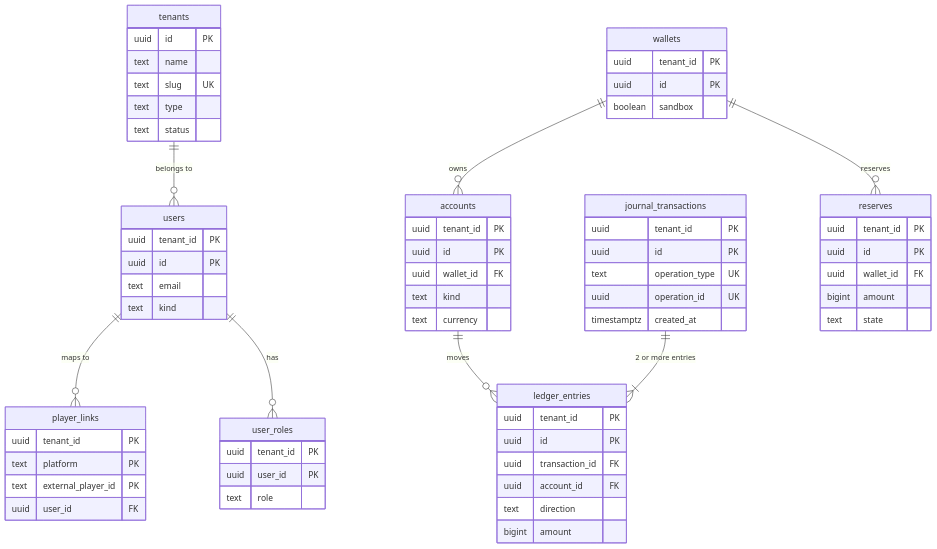
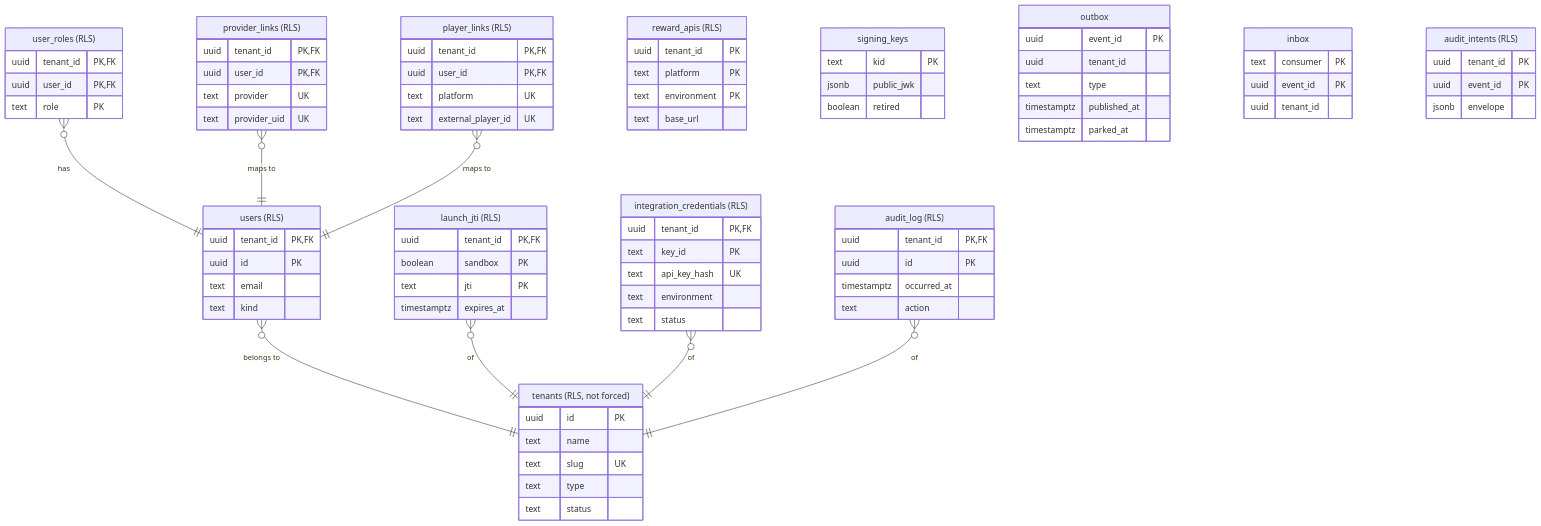
The fourth of 7 diagrams in docs/architecture/README.md (maxml/ex-mio-games), drawn with Mermaid before and after one commit. The commit also changed other lines of this file and 25 other files, not shown here.

First line of the commit message:
docs: rebuild the ERDs from the real schema (identity 13, engagement 15, payments 22 tables) and fix the other diagrams against the code

````diff
--- a/docs/architecture/README.md
+++ b/docs/architecture/README.md
@@ -177,69 +230,88 @@
 ```mermaid
 erDiagram
-  tenants ||--o{ users : "belongs to"
-  users ||--o{ player_links : "maps to"
-  users ||--o{ user_roles : has
-  accounts ||--o{ ledger_entries : moves
-  journal_transactions ||--|{ ledger_entries : "2 or more entries"
-  wallets ||--o{ accounts : owns
-  wallets ||--o{ reserves : reserves
+  users }o--|| tenants : "belongs to"
+  user_roles }o--|| users : "has"
+  provider_links }o--|| users : "maps to"
+  player_links }o--|| users : "maps to"
+  launch_jti }o--|| tenants : "of"
+  integration_credentials }o--|| tenants : "of"
+  audit_log }o--|| tenants : "of"
 
-  tenants {
+  tenants["tenants (RLS, not forced)"] {
     uuid id PK
     text name
     text slug UK
     text type
     text status
   }
-  users {
-    uuid tenant_id PK
+  users["users (RLS)"] {
+    uuid tenant_id PK, FK
     uuid id PK
     text email
     text kind
   }
-  user_roles {
-    uuid tenant_id PK
-    uuid user_id PK
-    text role
+  user_roles["user_roles (RLS)"] {
+    uuid tenant_id PK, FK
+    uuid user_id PK, FK
+    text role PK
   }
-  player_links {
+  provider_links["provider_links (RLS)"] {
+    uuid tenant_id PK, FK
+    uuid user_id PK, FK
+    text provider UK
+    text provider_uid UK
+  }
+  player_links["player_links (RLS)"] {
+    uuid tenant_id PK, FK
+    uuid user_id PK, FK
+    text platform UK
+    text external_player_id UK
+  }
+  launch_jti["launch_jti (RLS)"] {
+    uuid tenant_id PK, FK
+    boolean sandbox PK
+    text jti PK
+    timestamptz expires_at
+  }
+  integration_credentials["integration_credentials (RLS)"] {
+    uuid tenant_id PK, FK
+    text key_id PK
+    text api_key_hash UK
+    text environment
+    text status
+  }
+  audit_log["audit_log (RLS)"] {
+    uuid tenant_id PK, FK
+    uuid id PK
+    timestamptz occurred_at
+    text action
+  }
+  reward_apis["reward_apis (RLS)"] {
     uuid tenant_id PK
     text platform PK
-    text external_player_id PK
-    uuid user_id FK
+    text environment PK
+    text base_url
   }
-  wallets {
+  signing_keys {
+    text kid PK
+    jsonb public_jwk
+    boolean retired
+  }
+  outbox {
+    uuid event_id PK
+    uuid tenant_id
+    text type
+    timestamptz published_at
+    timestamptz parked_at
+  }
+  inbox {
+    text consumer PK
+    uuid event_id PK
+    uuid tenant_id
+  }
+  audit_intents["audit_intents (RLS)"] {
     uuid tenant_id PK
-    uuid id PK
-    boolean sandbox
-  }
-  accounts {
-    uuid tenant_id PK
-    uuid id PK
-    uuid wallet_id FK
-    text kind
-    text currency
-  }
-  journal_transactions {
-    uuid tenant_id PK
-    uuid id PK
-    text operation_type UK
-    uuid operation_id UK
-    timestamptz created_at
-  }
-  ledger_entries {
-    uuid tenant_id PK
-    uuid id PK
-    uuid transaction_id FK
-    uuid account_id FK
-    text direction
-    bigint amount
-  }
-  reserves {
-    uuid tenant_id PK
-    uuid id PK
-    uuid wallet_id FK
-    bigint amount
-    text state
+    uuid event_id PK
+    jsonb envelope
   }
 ```
````
